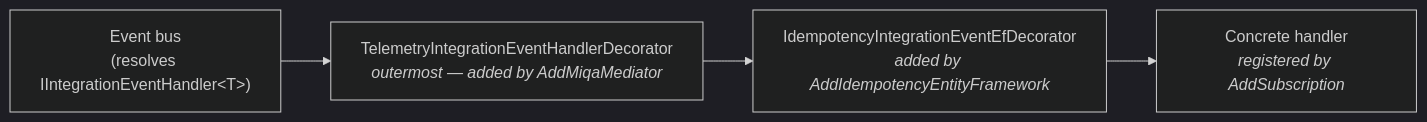
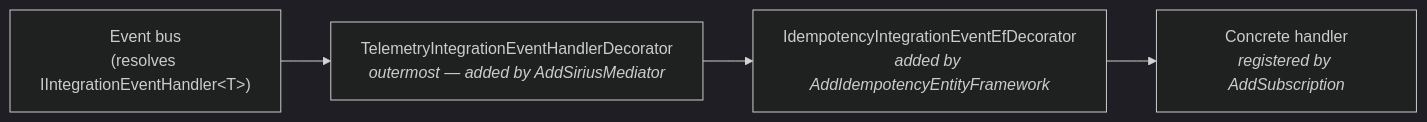
Before and after one commit to miquelalcaraz/Labs.ServicePlatform: the third of 5 diagrams in docs/architecture/04-idempotency.md, drawn with Mermaid (dark theme). The commit also changed other lines of this file and 1114 other files, not shown here.

Commit message:
refactor: rename namespaces from Miqa to Sirius

````diff
--- a/docs/architecture/04-idempotency.md
+++ b/docs/architecture/04-idempotency.md
@@ -144,7 +144,7 @@
 ```mermaid
 flowchart LR
     BUS["Event bus<br/>(resolves IIntegrationEventHandler#lt;T#gt;)"] --> TEL
-    TEL["TelemetryIntegrationEventHandlerDecorator<br/><i>outermost — added by AddMiqaMediator</i>"] --> IDEM
+    TEL["TelemetryIntegrationEventHandlerDecorator<br/><i>outermost — added by AddSiriusMediator</i>"] --> IDEM
     IDEM["IdempotencyIntegrationEventEfDecorator<br/><i>added by AddIdempotencyEntityFramework</i>"] --> H
     H["Concrete handler<br/><i>registered by AddSubscription</i>"]
 ```
````
